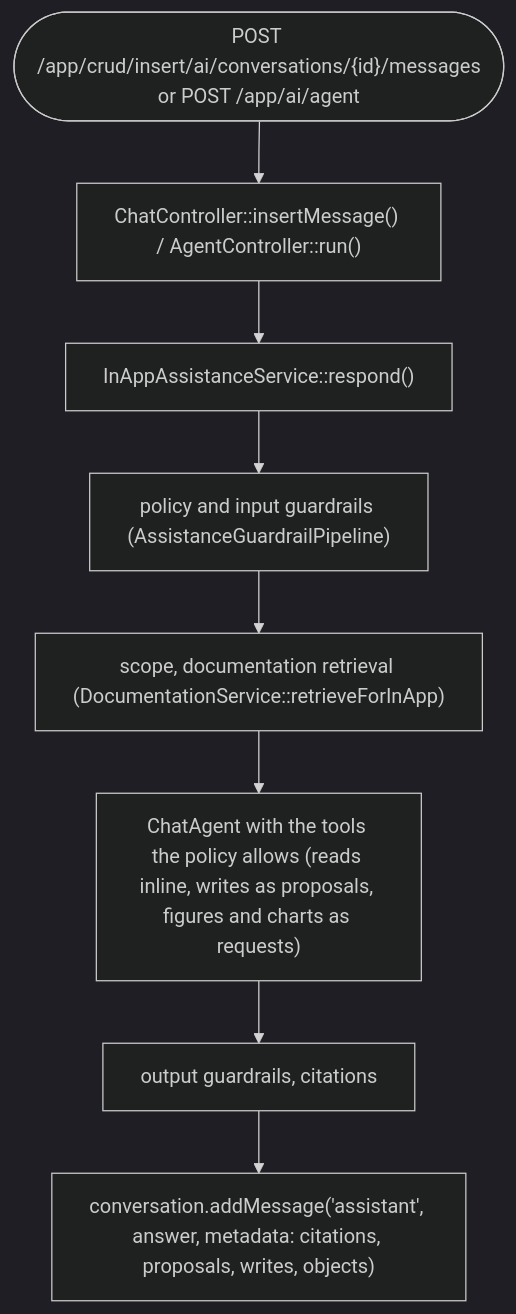
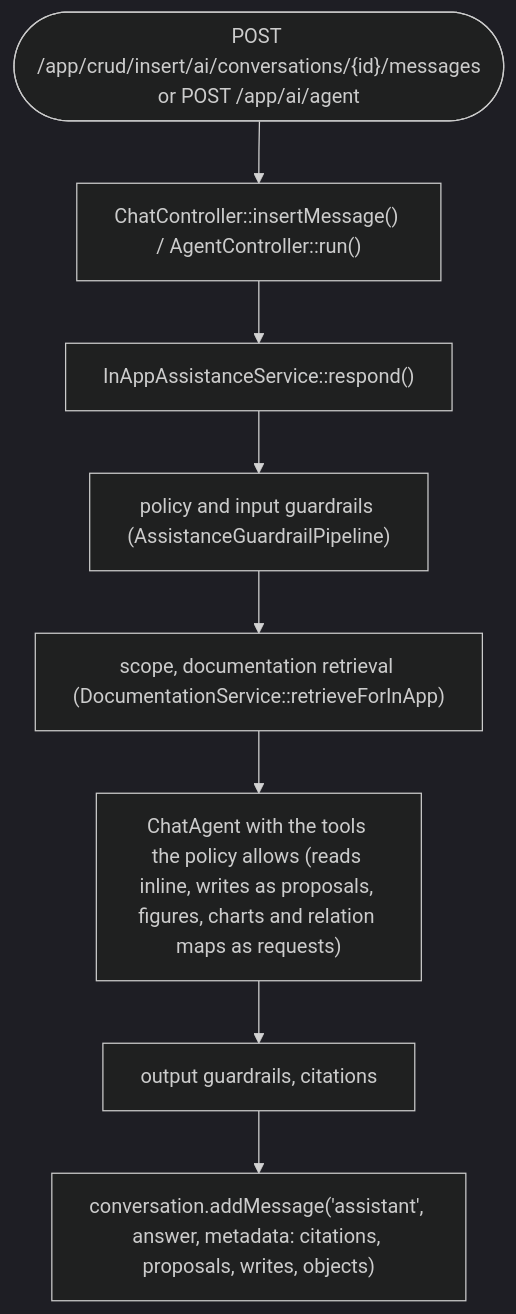
One commit to getlaraplate/laraai changed the second of 7 diagrams in docs/ARCHITECTURE.md. Above: the diagram before and after it, drawn with Mermaid (dark theme). The commit also changed other lines of this file and 7 other files, not shown here.

First line of the commit message:
docs(assistant): document the graph widget object

````diff
--- a/docs/ARCHITECTURE.md
+++ b/docs/ARCHITECTURE.md
@@ -64,12 +64,12 @@
 ```mermaid
 flowchart TD
     request(["POST /app/crud/insert/ai/conversations/{id}/messages<br/>or POST /app/ai/agent"])
     controller["ChatController::insertMessage() / AgentController::run()"]
     respond["InAppAssistanceService::respond()"]
     input["policy and input guardrails (AssistanceGuardrailPipeline)"]
     retrieval["scope, documentation retrieval (DocumentationService::retrieveForInApp)"]
-    agent["ChatAgent with the tools the policy allows (reads inline, writes as proposals, figures and charts as requests)"]
+    agent["ChatAgent with the tools the policy allows (reads inline, writes as proposals, figures, charts and relation maps as requests)"]
     output["output guardrails, citations"]
     store["conversation.addMessage('assistant', answer, metadata: citations, proposals, writes, objects)"]
     request --> controller --> respond --> input --> retrieval --> agent --> output --> store
 ```
````
